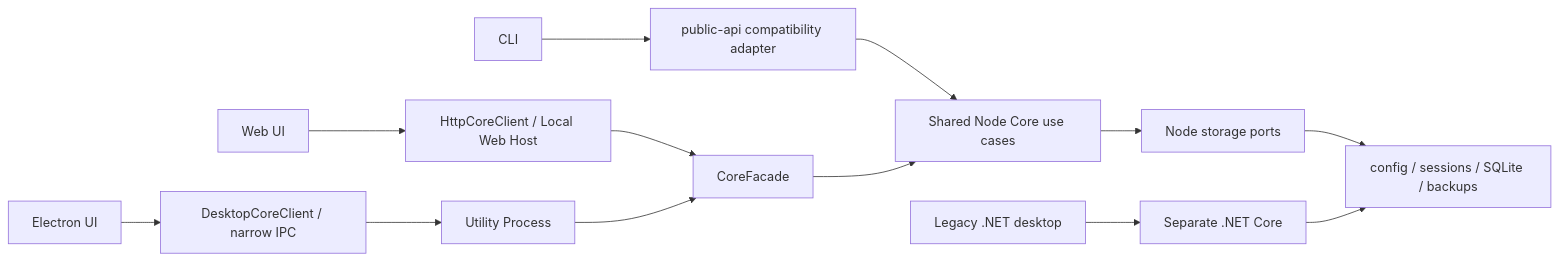
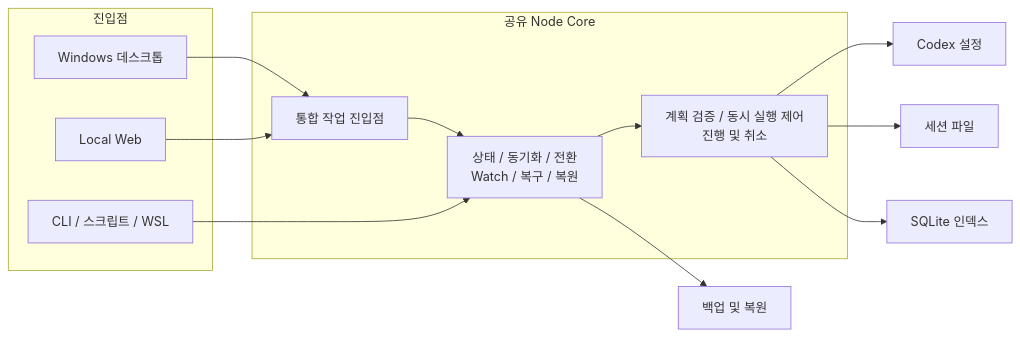
Before and after one commit to Dailin521/codex-provider-sync: the diagram in docs/README_KO.md, drawn with Mermaid. The commit also changed other lines of this file and 28 other files, not shown here.

````diff
--- a/docs/README_KO.md
+++ b/docs/README_KO.md
@@ -127,15 +84,21 @@
 ```mermaid
 flowchart LR
-    CLI["CLI"] --> Adapter["public-api compatibility adapter"]
-    Adapter --> UseCases["Shared Node Core use cases"]
-    Web["Web UI"] --> Host["HttpCoreClient / Local Web Host"]
-    Host --> Facade["CoreFacade"]
-    Electron["Electron UI"] --> IPC["DesktopCoreClient / narrow IPC"]
-    IPC --> Utility["Utility Process"]
-    Utility --> Facade
-    Facade --> UseCases
-    UseCases --> Storage["Node storage ports"]
-    Storage --> Files["config / sessions / SQLite / backups"]
-    Legacy["Legacy .NET desktop"] --> DotNet["Separate .NET Core"]
-    DotNet --> Files
+    subgraph Entry["진입점"]
+        Desktop["Windows 데스크톱"]
+        Web["Local Web"]
+        CLI["CLI / 스크립트 / WSL"]
+    end
+    subgraph Core["공유 Node Core"]
+        Interface["통합 작업 진입점"]
+        Operations["상태 / 동기화 / 전환<br/>Watch / 복구 / 복원"]
+        Runtime["계획 검증 / 동시 실행 제어<br/>진행 및 취소"]
+        Interface --> Operations --> Runtime
+    end
+    Desktop --> Interface
+    Web --> Interface
+    CLI --> Operations
+    Runtime --> Config["Codex 설정"]
+    Runtime --> Sessions["세션 파일"]
+    Runtime --> SQLite["SQLite 인덱스"]
+    Operations --> Backup["백업 및 복원"]
 ```
````
